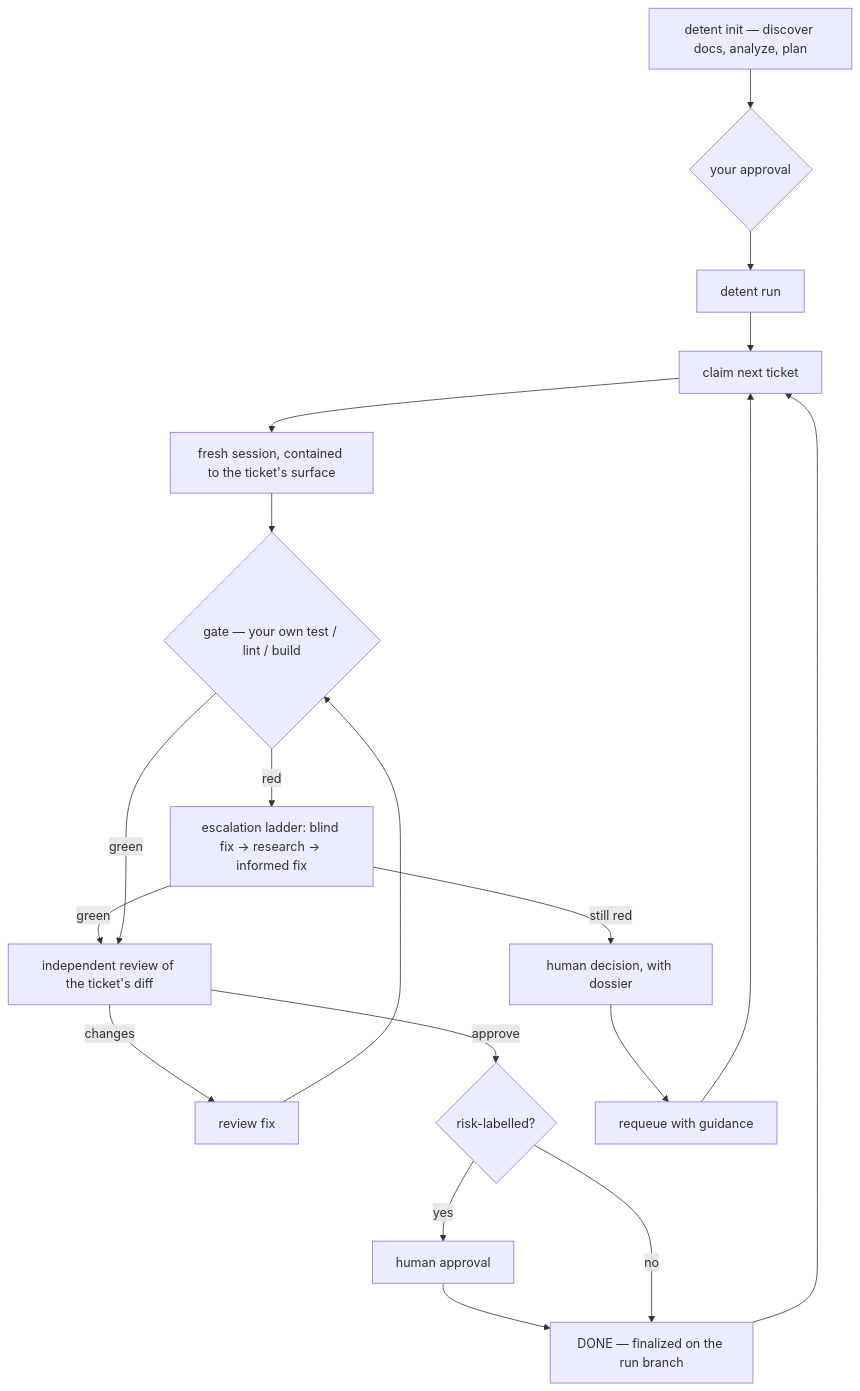
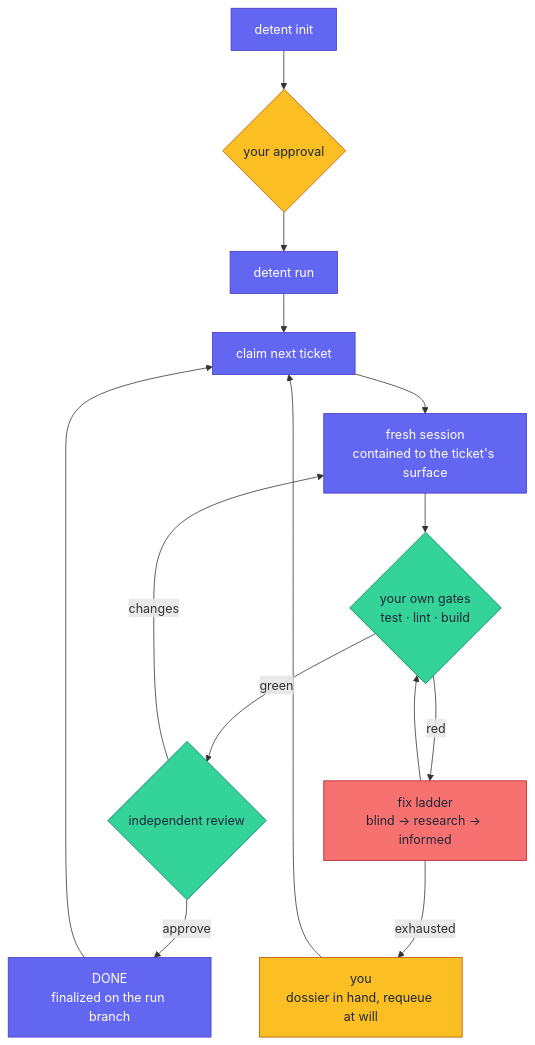
The diagram in README.md (AmineYagoub/detent), drawn with Mermaid before and after one commit. The commit also changed other lines of this file, not shown here.

Commit message:
T-141: simplify and color the README flow diagram
Fifteen nodes down to ten — review-fix, risk gate, and requeue fold
into edges and the caption — with four semantic colors (you / machine /
verification / ladder) legible on both GitHub themes.

Detent-Ticket: T-141

````diff
--- a/README.md
+++ b/README.md
@@ -64,18 +64,25 @@
 ```mermaid
 flowchart TD
-    I["detent init — discover docs, analyze, plan"] --> A{"your approval"}
+    I["detent init"] --> A{"your approval"}
     A --> R["detent run"]
     R --> C["claim next ticket"]
-    C --> W["fresh session, contained to the ticket's surface"]
-    W --> G{"gate — your own test / lint / build"}
-    G -->|red| L["escalation ladder: blind fix → research → informed fix"]
-    L -->|green| V
-    L -->|still red| H["human decision, with dossier"]
-    G -->|green| V["independent review of the ticket's diff"]
-    V -->|changes| F["review fix"] --> G
-    V -->|approve| RG{"risk-labelled?"}
-    RG -->|yes| B4["human approval"] --> D
-    RG -->|no| D["DONE — finalized on the run branch"]
+    C --> S["fresh session<br>contained to the ticket's surface"]
+    S --> G{"your own gates<br>test · lint · build"}
+    G -- green --> V{"independent review"}
+    G -- red --> L["fix ladder<br>blind → research → informed"]
+    L --> G
+    L -- exhausted --> H["you<br>dossier in hand, requeue at will"]
+    H --> C
+    V -- changes --> S
+    V -- approve --> D["DONE<br>finalized on the run branch"]
     D --> C
-    H --> Q["requeue with guidance"] --> C
+
+    classDef you fill:#fbbf24,stroke:#b45309,color:#1f2937
+    classDef machine fill:#6366f1,stroke:#4338ca,color:#ffffff
+    classDef verify fill:#34d399,stroke:#047857,color:#1f2937
+    classDef ladder fill:#f87171,stroke:#b91c1c,color:#1f2937
+    class A,H you
+    class I,R,C,S,D machine
+    class G,V verify
+    class L ladder
 ```
````
